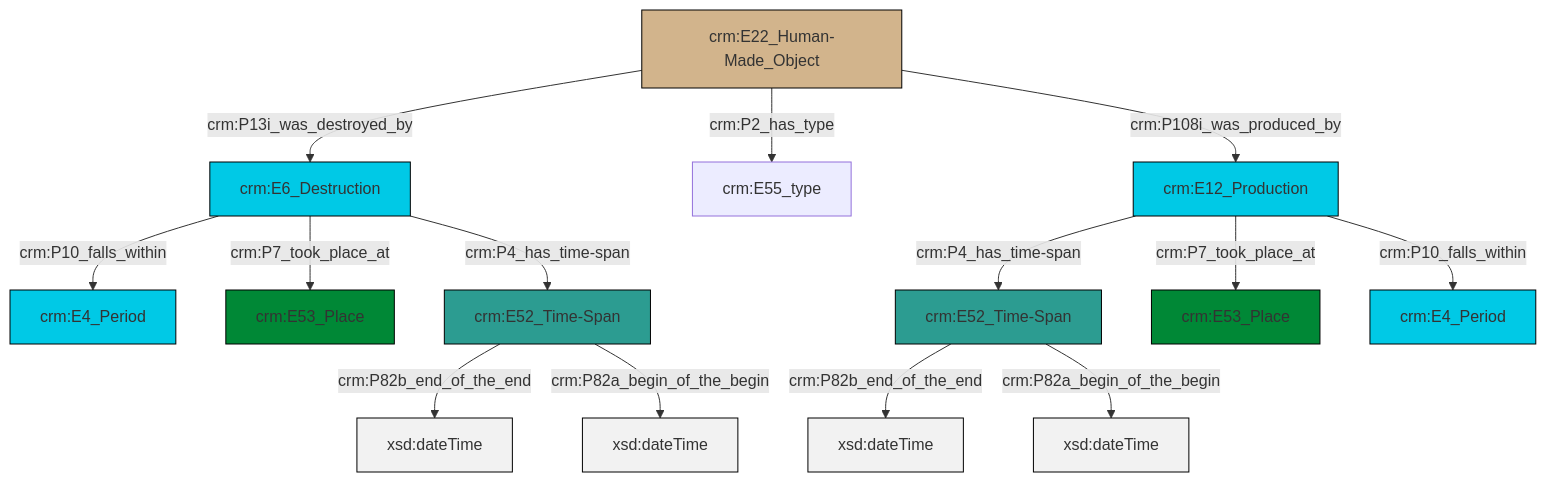
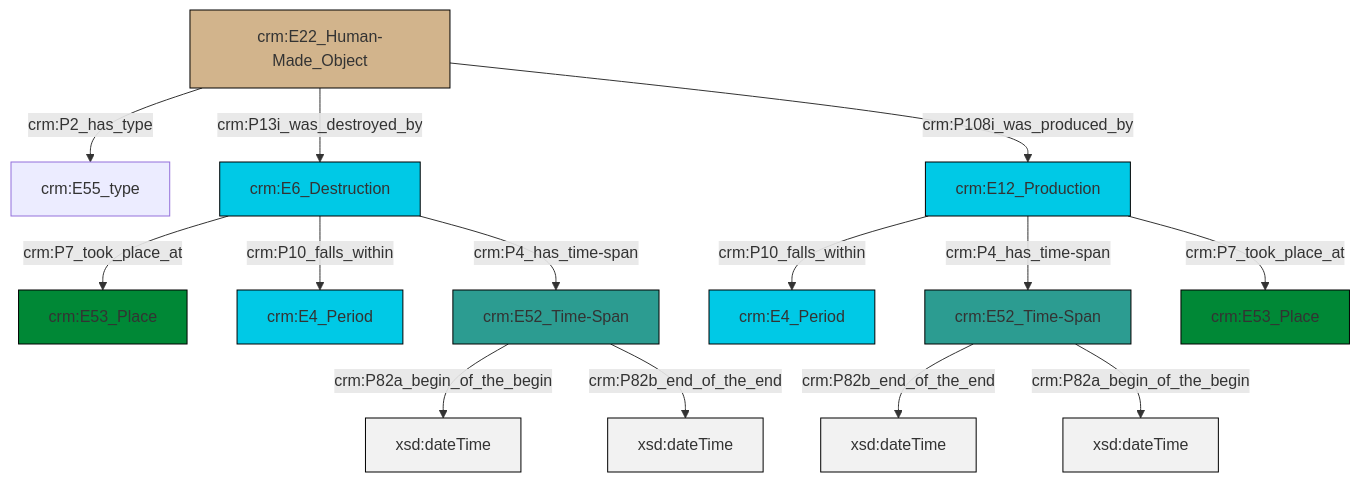
The diagram in et/builtWorkCSV/ttl/mmd/Built_Work_existence.ttl.mmd (swiss-art-research-net/reference-data-models), drawn with Mermaid before and after one commit. The commit also changed 125 other files, not shown here.

```diff
--- a/et/builtWorkCSV/ttl/mmd/Built_Work_existence.ttl.mmd
+++ b/et/builtWorkCSV/ttl/mmd/Built_Work_existence.ttl.mmd
@@ -1,28 +1,28 @@
 graph TD
 classDef Literal fill:#f2f2f2,stroke:#000000;
 classDef CRM_Entity fill:#FFFFFF,stroke:#000000;
 classDef Temporal_Entity fill:#00C9E6, stroke:#000000;
 classDef Type fill:#E18312, stroke:#000000;
 classDef Time-Span fill:#2C9C91, stroke:#000000;
 classDef Appellation fill:#FFEB7F, stroke:#000000;
 classDef Place fill:#008836, stroke:#000000;
 classDef Persistent_Item fill:#B266B2, stroke:#000000;
 classDef Conceptual_Object fill:#FFD700, stroke:#000000;
 classDef Physical_Thing fill:#D2B48C, stroke:#000000;
 classDef Actor fill:#f58aad, stroke:#000000;
 classDef PC_Classes fill:#4ce600, stroke:#000000;
 classDef Multi fill:#cccccc,stroke:#000000;
 
-0["crm:E12_Production"]:::Temporal_Entity -->|crm:P4_has_time-span| 1["crm:E52_Time-Span"]:::Time-Span
-1["crm:E52_Time-Span"]:::Time-Span -->|crm:P82b_end_of_the_end| 5[xsd:dateTime]:::Literal
-6["crm:E22_Human-Made_Object"]:::Physical_Thing -->|crm:P13i_was_destroyed_by| 7["crm:E6_Destruction"]:::Temporal_Entity
-8["crm:E52_Time-Span"]:::Time-Span -->|crm:P82b_end_of_the_end| 9[xsd:dateTime]:::Literal
-8["crm:E52_Time-Span"]:::Time-Span -->|crm:P82a_begin_of_the_begin| 10[xsd:dateTime]:::Literal
-0["crm:E12_Production"]:::Temporal_Entity -->|crm:P7_took_place_at| 12["crm:E53_Place"]:::Place
-0["crm:E12_Production"]:::Temporal_Entity -->|crm:P10_falls_within| 16["crm:E4_Period"]:::Temporal_Entity
-6["crm:E22_Human-Made_Object"]:::Physical_Thing -->|crm:P2_has_type| 14["crm:E55_type"]:::Default
-7["crm:E6_Destruction"]:::Temporal_Entity -->|crm:P10_falls_within| 3["crm:E4_Period"]:::Temporal_Entity
-6["crm:E22_Human-Made_Object"]:::Physical_Thing -->|crm:P108i_was_produced_by| 0["crm:E12_Production"]:::Temporal_Entity
-7["crm:E6_Destruction"]:::Temporal_Entity -->|crm:P7_took_place_at| 19["crm:E53_Place"]:::Place
-7["crm:E6_Destruction"]:::Temporal_Entity -->|crm:P4_has_time-span| 8["crm:E52_Time-Span"]:::Time-Span
-1["crm:E52_Time-Span"]:::Time-Span -->|crm:P82a_begin_of_the_begin| 22[xsd:dateTime]:::Literal
+0["crm:E52_Time-Span"]:::Time-Span -->|crm:P82b_end_of_the_end| 1[xsd:dateTime]:::Literal
+0["crm:E52_Time-Span"]:::Time-Span -->|crm:P82a_begin_of_the_begin| 6[xsd:dateTime]:::Literal
+7["crm:E52_Time-Span"]:::Time-Span -->|crm:P82a_begin_of_the_begin| 8[xsd:dateTime]:::Literal
+2["crm:E12_Production"]:::Temporal_Entity -->|crm:P10_falls_within| 9["crm:E4_Period"]:::Temporal_Entity
+10["crm:E6_Destruction"]:::Temporal_Entity -->|crm:P7_took_place_at| 11["crm:E53_Place"]:::Place
+7["crm:E52_Time-Span"]:::Time-Span -->|crm:P82b_end_of_the_end| 12[xsd:dateTime]:::Literal
+10["crm:E6_Destruction"]:::Temporal_Entity -->|crm:P10_falls_within| 13["crm:E4_Period"]:::Temporal_Entity
+2["crm:E12_Production"]:::Temporal_Entity -->|crm:P4_has_time-span| 0["crm:E52_Time-Span"]:::Time-Span
+10["crm:E6_Destruction"]:::Temporal_Entity -->|crm:P4_has_time-span| 7["crm:E52_Time-Span"]:::Time-Span
+17["crm:E22_Human-Made_Object"]:::Physical_Thing -->|crm:P2_has_type| 20["crm:E55_type"]:::Default
+17["crm:E22_Human-Made_Object"]:::Physical_Thing -->|crm:P13i_was_destroyed_by| 10["crm:E6_Destruction"]:::Temporal_Entity
+2["crm:E12_Production"]:::Temporal_Entity -->|crm:P7_took_place_at| 4["crm:E53_Place"]:::Place
+17["crm:E22_Human-Made_Object"]:::Physical_Thing -->|crm:P108i_was_produced_by| 2["crm:E12_Production"]:::Temporal_Entity
```
